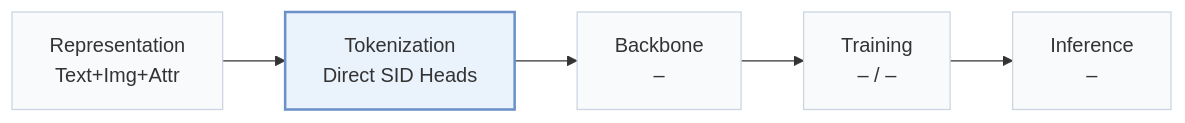
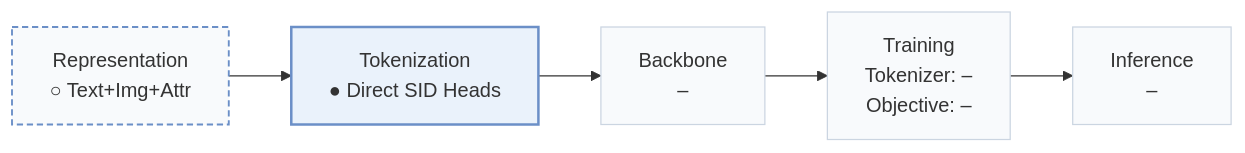
Before and after one commit to Galaxy-ghost/Awesome-SID-Generative-Rec: the first of 2 diagrams in pages/papers/unisid.md, drawn with Mermaid. The commit also changed other lines of this file and 558 other files, not shown here.

````diff
--- a/pages/papers/unisid.md
+++ b/pages/papers/unisid.md
@@ -15,8 +18,10 @@
 ```mermaid
 flowchart LR
-    R["Representation<br/>Text+Img+Attr"] --> T["Tokenization<br/>Direct SID Heads"] --> B["Backbone<br/>–"] --> TR["Training<br/>– / –"] --> I["Inference<br/>–"]
+    R["Representation<br/>○ Text+Img+Attr"] --> T["Tokenization<br/>● Direct SID Heads"] --> B["Backbone<br/>–"] --> TR["Training<br/>Tokenizer: –<br/>Objective: –"] --> I["Inference<br/>–"]
     classDef base fill:#f8fafc,stroke:#cbd5e1
     class R,T,B,TR,I base
+    classDef other fill:#f8fafc,stroke:#6b8fc7,stroke-width:1.5px,stroke-dasharray:5 3
+    class R other
     classDef main fill:#eaf2fb,stroke:#6b8fc7,stroke-width:2px
     class T main
 ```
````
